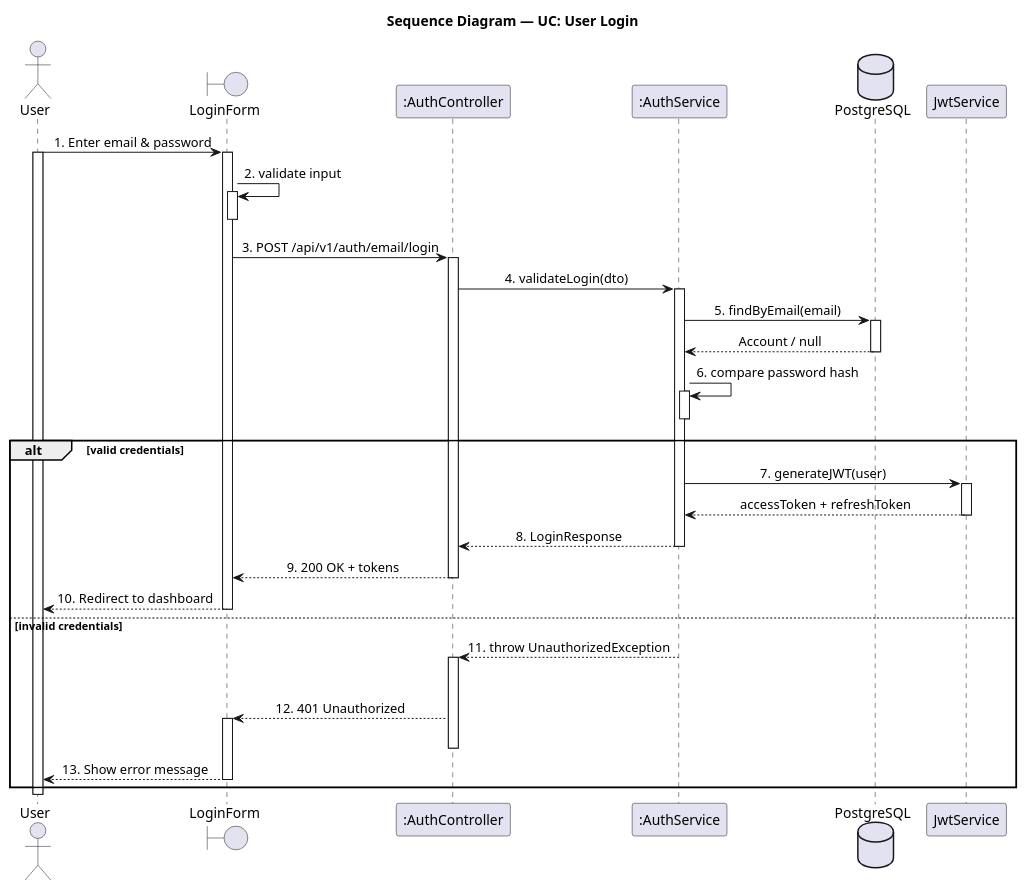
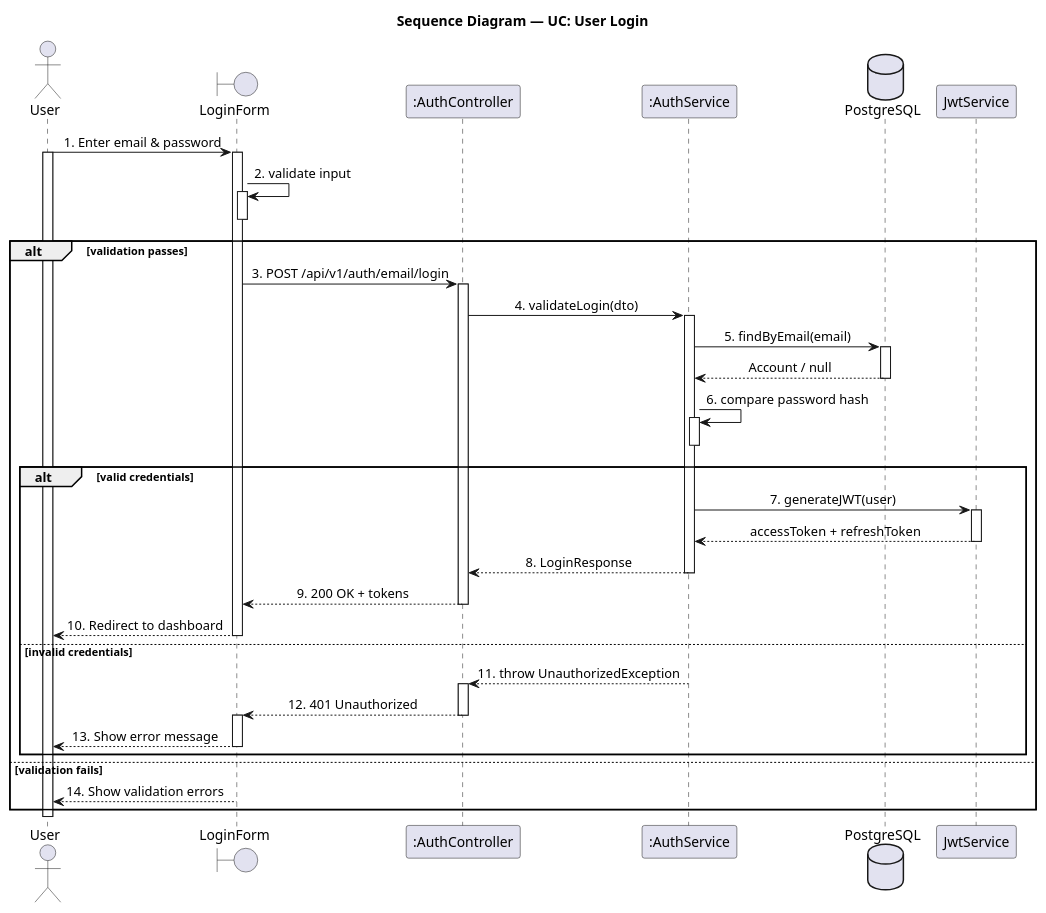
The sixth of 6 diagrams in .claude/skills/plantuml-sequence-diagram/SKILL.md (LTPPPP/Smart-Medical-Intelligent-Ledger-for-E-health-S.M.I.L.E-), drawn with PlantUML before and after one commit. The commit also changed other lines of this file, not shown here.

````diff
--- a/.claude/skills/plantuml-sequence-diagram/SKILL.md
+++ b/.claude/skills/plantuml-sequence-diagram/SKILL.md
@@ -160,63 +193,67 @@
 ```plantuml
 @startuml SequenceDiagram
 skinparam shadowing false
 skinparam sequenceMessageAlign center
 
 title Sequence Diagram — UC: User Login
 
 actor "User" as user
 boundary "LoginForm" as form
 participant ":AuthController" as auth
 participant ":AuthService" as svc
 database "PostgreSQL" as db
 participant "JwtService" as jwt
 
 user -> form : 1. Enter email & password
 activate user
 activate form
 
 form -> form : 2. validate input
 activate form
 deactivate form
+alt validation passes
+  form -> auth : 3. POST /api/v1/auth/email/login
+  activate auth
 
-form -> auth : 3. POST /api/v1/auth/email/login
-activate auth
+  auth -> svc : 4. validateLogin(dto)
+  activate svc
 
-auth -> svc : 4. validateLogin(dto)
-activate svc
+  svc -> db : 5. findByEmail(email)
+  activate db
+  db --> svc : Account / null
+  deactivate db
 
-svc -> db : 5. findByEmail(email)
-activate db
-db --> svc : Account / null
-deactivate db
+  svc -> svc : 6. compare password hash
+  activate svc
+  deactivate svc
+  alt valid credentials
+    svc -> jwt : 7. generateJWT(user)
+    activate jwt
+    jwt --> svc : accessToken + refreshToken
+    deactivate jwt
 
-svc -> svc : 6. compare password hash
-activate svc
-deactivate svc
-alt valid credentials
-  svc -> jwt : 7. generateJWT(user)
-  activate jwt
-  jwt --> svc : accessToken + refreshToken
-  deactivate jwt
-
-  svc --> auth : 8. LoginResponse
-  deactivate svc
-  auth --> form : 9. 200 OK + tokens
-  deactivate auth
-  form --> user : 10. Redirect to dashboard
-  deactivate form
-else invalid credentials
-  svc --> auth : 11. throw UnauthorizedException
-  activate auth
-  deactivate svc
-  auth --> form : 12. 401 Unauthorized
-  activate form
-  deactivate auth
-  form --> user : 13. Show error message
+    svc --> auth : 8. LoginResponse
+    deactivate svc
+    auth --> form : 9. 200 OK + tokens
+    deactivate auth
+    form --> user : 10. Redirect to dashboard
+    deactivate form
+  else invalid credentials
+    svc --> auth : 11. throw UnauthorizedException
+    deactivate svc
+    activate auth
+    auth --> form : 12. 401 Unauthorized
+    deactivate auth
+    activate form
+    form --> user : 13. Show error message
+    deactivate form
+  end
+else validation fails
+  form --> user : 14. Show validation errors
   deactivate form
 end
 
 deactivate user
 
 @enduml
 ```
````
